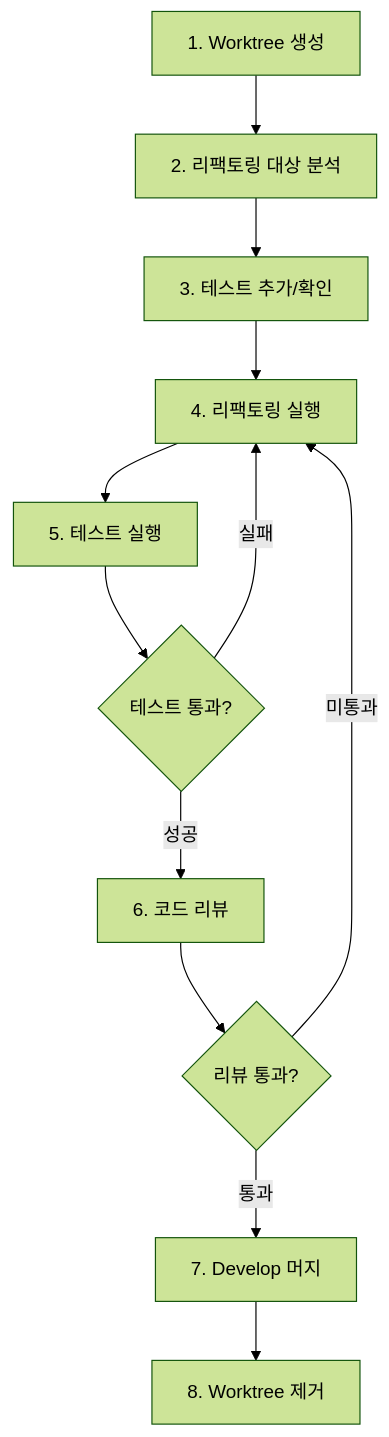
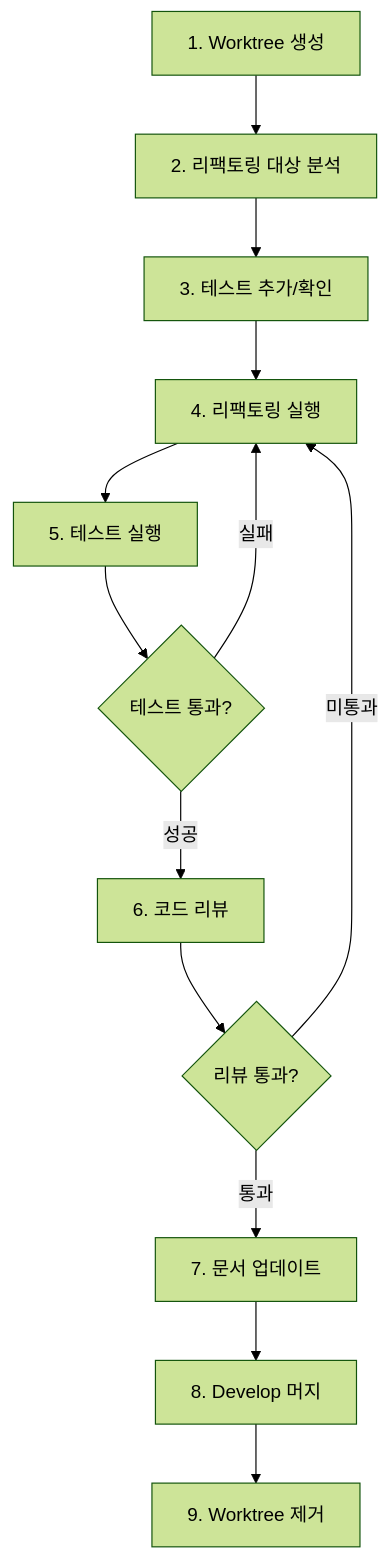
Before and after one commit to leejh96/AI-Setting: the diagram in .agent/workflows/refactoring.md, drawn with Mermaid (forest theme). The commit also changed other lines of this file and 4 other files, not shown here.

````diff
--- a/.agent/workflows/refactoring.md
+++ b/.agent/workflows/refactoring.md
@@ -19,14 +19,15 @@
 ```mermaid
 graph TD
     A[1. Worktree 생성] --> B[2. 리팩토링 대상 분석]
     B --> C[3. 테스트 추가/확인]
     C --> D[4. 리팩토링 실행]
     D --> E[5. 테스트 실행]
     E --> F{테스트 통과?}
     F -->|실패| D
     F -->|성공| G[6. 코드 리뷰]
     G --> H{리뷰 통과?}
     H -->|미통과| D
-    H -->|통과| I[7. Develop 머지]
-    I --> J[8. Worktree 제거]
+    H -->|통과| I[7. 문서 업데이트]
+    I --> J[8. Develop 머지]
+    J --> K[9. Worktree 제거]
 ```
````
